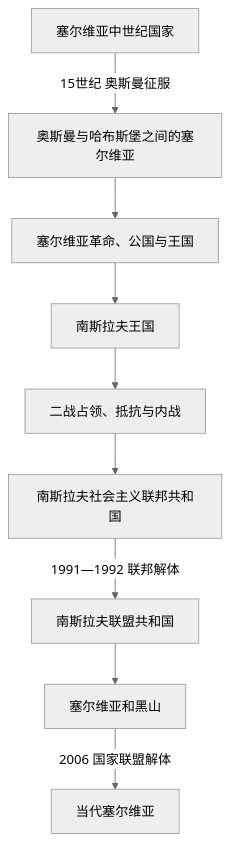
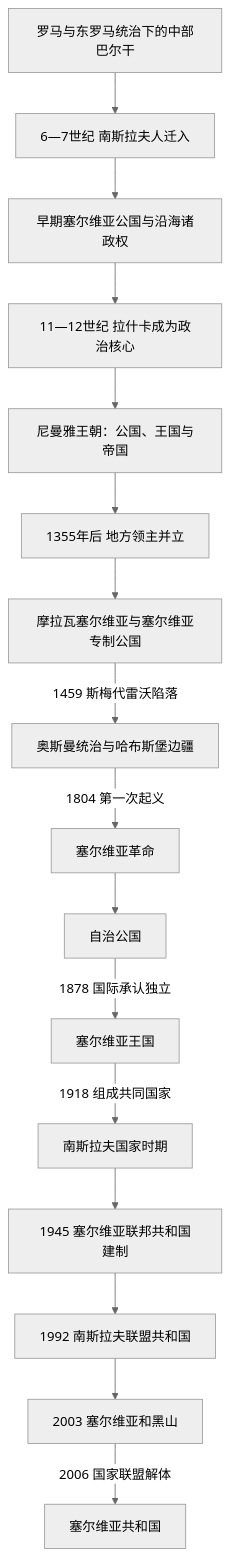
The diagram in 人文科学/历史/欧洲/东南欧与巴尔干/塞尔维亚/README.md (tianlan-dev/learning-notes), drawn with Mermaid (neutral theme) before and after one commit. The commit also changed other lines of this file and 1417 other files, not shown here.

````diff
--- a/人文科学/历史/欧洲/东南欧与巴尔干/塞尔维亚/README.md
+++ b/人文科学/历史/欧洲/东南欧与巴尔干/塞尔维亚/README.md
@@ -13,11 +13,18 @@
 ```mermaid
 flowchart TD
-    Medieval["塞尔维亚中世纪国家"] -->|"15世纪 奥斯曼征服"| Empires["奥斯曼与哈布斯堡之间的塞尔维亚"]
-    Empires --> Revolutions["塞尔维亚革命、公国与王国"]
-    Revolutions --> YugKingdom["南斯拉夫王国"]
-    YugKingdom --> WWII["二战占领、抵抗与内战"]
-    WWII --> SFRY["南斯拉夫社会主义联邦共和国"]
-    SFRY -->|"1991—1992 联邦解体"| FRY["南斯拉夫联盟共和国"]
-    FRY --> SerbiaMontenegro["塞尔维亚和黑山"]
-    SerbiaMontenegro -->|"2006 国家联盟解体"| Serbia["当代塞尔维亚"]
+    Roman["罗马与东罗马统治下的中部巴尔干"] --> Slavic["6—7世纪 南斯拉夫人迁入"]
+    Slavic --> Early["早期塞尔维亚公国与沿海诸政权"]
+    Early --> Raska["11—12世纪 拉什卡成为政治核心"]
+    Raska --> Nemanjic["尼曼雅王朝：公国、王国与帝国"]
+    Nemanjic --> Lords["1355年后 地方领主并立"]
+    Lords --> Despotate["摩拉瓦塞尔维亚与塞尔维亚专制公国"]
+    Despotate -->|1459 斯梅代雷沃陷落| Ottoman["奥斯曼统治与哈布斯堡边疆"]
+    Ottoman -->|1804 第一次起义| Revolution["塞尔维亚革命"]
+    Revolution --> Principality["自治公国"]
+    Principality -->|1878 国际承认独立| Kingdom["塞尔维亚王国"]
+    Kingdom -->|1918 组成共同国家| Yugoslavia["南斯拉夫国家时期"]
+    Yugoslavia --> SocialistSerbia["1945 塞尔维亚联邦共和国建制"]
+    SocialistSerbia --> FRY["1992 南斯拉夫联盟共和国"]
+    FRY --> StateUnion["2003 塞尔维亚和黑山"]
+    StateUnion -->|2006 国家联盟解体| Republic["塞尔维亚共和国"]
 ```
````
